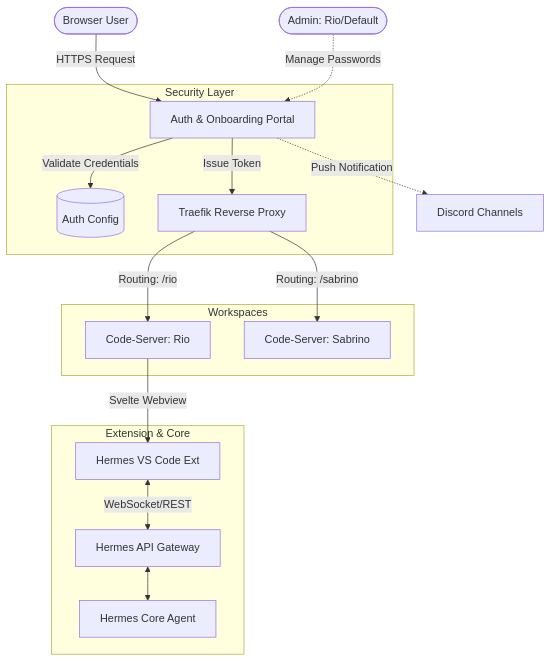
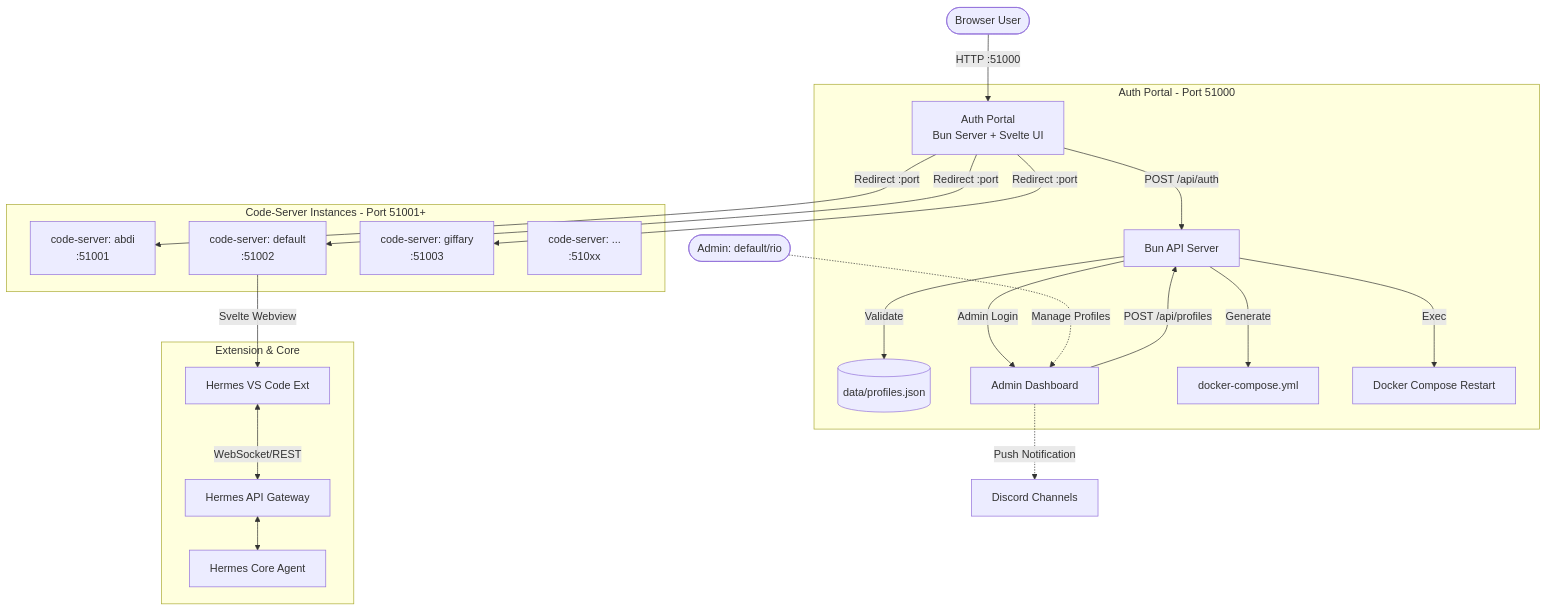
One commit to riod94/hermes-ide changed the first of 2 diagrams in PRD.md. Above: the diagram before and after it, drawn with Mermaid. The commit also changed other lines of this file, not shown here.

Commit message:
docs: update PRD — Auth Portal as fullstack master dashboard, remove Traefik, auto port allocation abjad

````diff
--- a/PRD.md
+++ b/PRD.md
@@ -59,23 +89,33 @@
 ```mermaid
 graph TD
-    User([Browser User]) -->|HTTPS Request| AP[Auth & Onboarding Portal]
+    User([Browser User]) -->|HTTP :51000| AP[Auth Portal<br/>Bun Server + Svelte UI]
     
-    subgraph Security Layer
-        AP -->|Validate Credentials| AuthDB[(Auth Config)]
-        AP -->|Issue Token| Proxy[Traefik Reverse Proxy]
+    subgraph Auth Portal - Port 51000
+        AP -->|POST /api/auth| API[Bun API Server]
+        API -->|Validate| DB[(data/profiles.json)]
+        API -->|Admin Login| Dashboard[Admin Dashboard]
+        Dashboard -->|POST /api/profiles| API
+        API -->|Generate| DCY[docker-compose.yml]
+        API -->|Exec| Docker[Docker Compose Restart]
     end
     
-    subgraph Workspaces
-        Proxy -->|Routing: /rio| C1[Code-Server: Rio]
-        Proxy -->|Routing: /sabrino| C2[Code-Server: Sabrino]
+    subgraph Code-Server Instances - Port 51001+
+        CS1[code-server: abdi<br/>:51001]
+        CS2[code-server: default<br/>:51002]
+        CS3[code-server: giffary<br/>:51003]
+        CSn[code-server: ...<br/>:510xx]
     end
     
+    AP -->|Redirect :port| CS1
+    AP -->|Redirect :port| CS2
+    AP -->|Redirect :port| CS3
+    
     subgraph Extension & Core
-        C1 -->|Svelte Webview| Ext[Hermes VS Code Ext]
+        CS2 -->|Svelte Webview| Ext[Hermes VS Code Ext]
         Ext <-->|WebSocket/REST| HG[Hermes API Gateway]
-        HG <--> Core[Hermes Core Agent]
+        HG <-->Core[Hermes Core Agent]
     end
     
-    Admin([Admin: Rio/Default]) -.->|Manage Passwords| AP
-    AP -.->|Push Notification| Discord[Discord Channels]
+    Admin([Admin: default/rio]) -.->|Manage Profiles| Dashboard
+    Dashboard -.->|Push Notification| Discord[Discord Channels]
 ```
````
